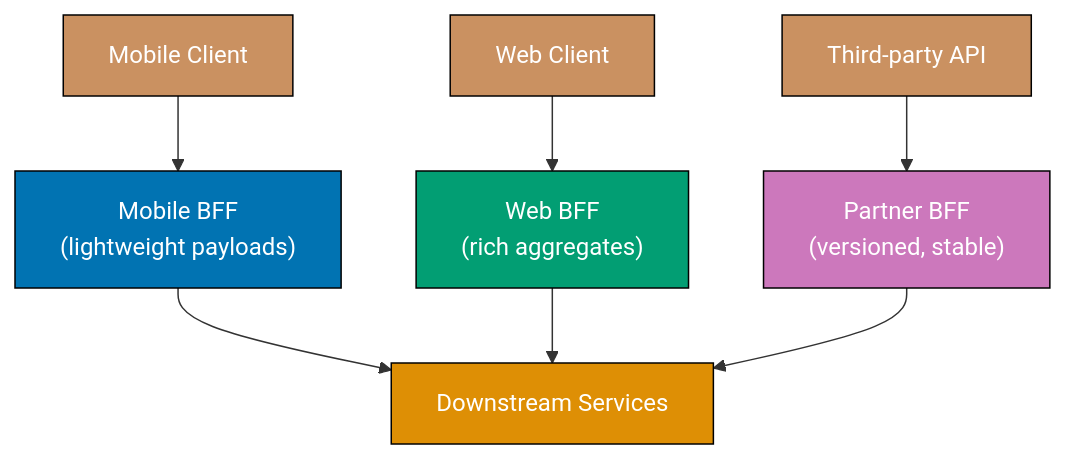
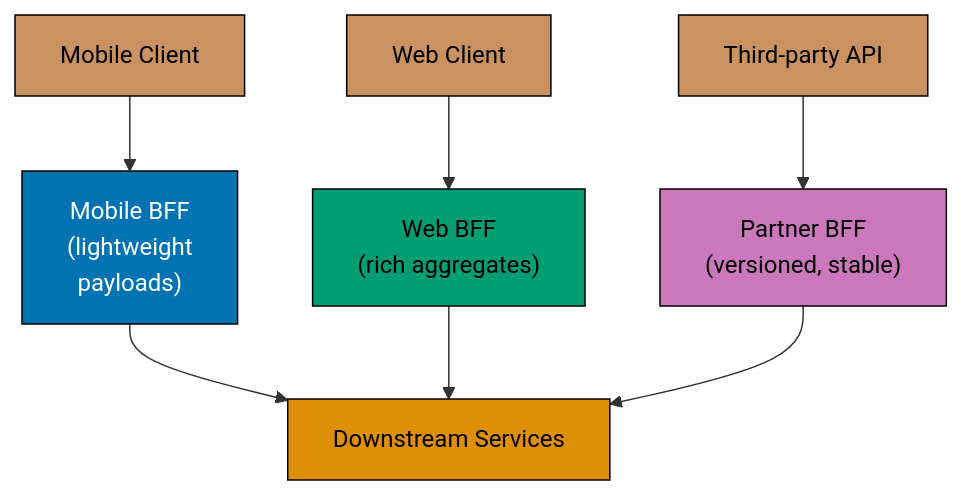
The sixth of 18 diagrams in apps/ayokoding-www/content/en/learn/legacy/software-engineering/software-architecture/patterns-and-principles/in-oop-by-example/advanced.md (wahidyankf/ose-public), drawn with Mermaid before and after one commit. The commit also changed other lines of this file and 78 other files, not shown here.

First line of the commit message:
fix(mermaid): bring the remaining legacy software-engineering diagrams onto the accessible palette

````diff
--- a/apps/ayokoding-www/content/en/learn/legacy/software-engineering/software-architecture/patterns-and-principles/in-oop-by-example/advanced.md
+++ b/apps/ayokoding-www/content/en/learn/legacy/software-engineering/software-architecture/patterns-and-principles/in-oop-by-example/advanced.md
@@ -1408,17 +1436,25 @@
 ```mermaid
 graph TD
-    Mobile["Mobile Client"] --> BFFM["Mobile BFF<br/>(lightweight payloads)"]
+    accTitle: Example 63: Backend for Frontend Pattern
+    accDescr: Graph with 7 nodes and 6 connections. Nodes: Mobile Client, Mobile BFF (lightweight payloads), Web Client, Web BFF (rich aggregates), Third-party API, Partner BFF (versioned, stable), Downstream Services. Connections: Mobile Client to Mobile BFF (lightweight payloads), Web Client to Web BFF (rich aggregates), Third-party API to Partner BFF (versioned, stable), Mobile BFF (lightweight payloads) to Downstream Services, Web BFF (rich aggregates) to Downstream Services, Partner BFF (versioned, stable) to Downstream Services.
+    Mobile["Mobile Client"] --> BFFM["Mobile BFF<br/>(lightweight<br/>payloads)"]
     Web["Web Client"] --> BFFW["Web BFF<br/>(rich aggregates)"]
     Third["Third-party API"] --> BFFT["Partner BFF<br/>(versioned, stable)"]
     BFFM --> DS["Downstream Services"]
     BFFW --> DS
     BFFT --> DS
 
-    style Mobile fill:#CA9161,stroke:#000,color:#fff
-    style Web fill:#CA9161,stroke:#000,color:#fff
-    style Third fill:#CA9161,stroke:#000,color:#fff
-    style BFFM fill:#0173B2,stroke:#000,color:#fff
-    style BFFW fill:#029E73,stroke:#000,color:#fff
-    style BFFT fill:#CC78BC,stroke:#000,color:#fff
-    style DS fill:#DE8F05,stroke:#000,color:#fff
+    classDef pal-CA9161 fill:#CA9161,stroke:#000000,color:#000000
+    class Mobile pal-CA9161
+    class Web pal-CA9161
+    class Third pal-CA9161
+    classDef pal-0173B2 fill:#0173B2,stroke:#000000,color:#FFFFFF
+    class BFFM pal-0173B2
+    classDef pal-029E73 fill:#029E73,stroke:#000000,color:#000000
+    class BFFW pal-029E73
+    classDef pal-CC78BC fill:#CC78BC,stroke:#000000,color:#000000
+    class BFFT pal-CC78BC
+    classDef pal-DE8F05 fill:#DE8F05,stroke:#000000,color:#000000
+    class DS pal-DE8F05
+    classDef default fill:#FFFFFF,stroke:#000000,color:#000000
 ```
````
